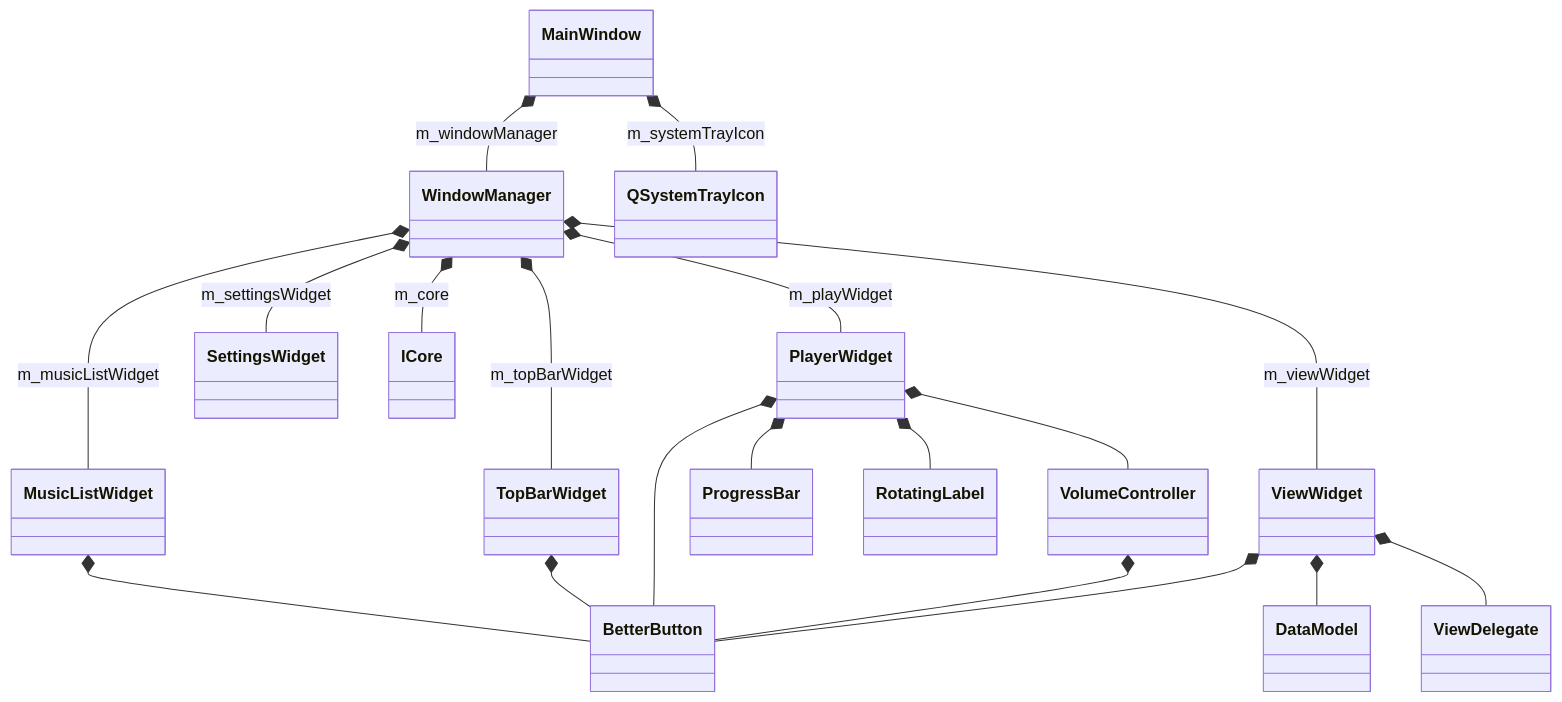
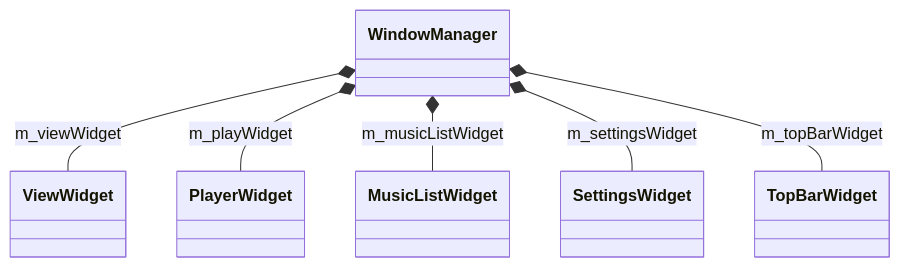
Before and after one commit to leejkee/TrayMusicPlayer: the first of 3 diagrams in docs/UML/index.md, drawn with Mermaid. The commit also changed other lines of this file and 8 other files, not shown here.

````diff
--- a/docs/UML/index.md
+++ b/docs/UML/index.md
@@ -4,48 +4,20 @@
 ```mermaid
 classDiagram
 
 %% UI 层（界面类）
-class MainWindow
 class WindowManager
-class QSystemTrayIcon
 class ViewWidget
 class PlayerWidget
 class MusicListWidget
 class SettingsWidget
 class TopBarWidget
 
 
-MainWindow *-- WindowManager : m_windowManager
-MainWindow *-- QSystemTrayIcon : m_systemTrayIcon
 
 WindowManager *-- ViewWidget : m_viewWidget
 WindowManager *-- PlayerWidget : m_playWidget
 WindowManager *-- MusicListWidget : m_musicListWidget
 WindowManager *-- SettingsWidget : m_settingsWidget
 WindowManager *-- TopBarWidget : m_topBarWidget
 
-%% Panel 组件
-class BetterButton
-class DataModel
-class ProgressBar
-class RotatingLabel
-class ViewDelegate
-class VolumeController
-
-MusicListWidget *-- BetterButton
-TopBarWidget *-- BetterButton
-PlayerWidget *-- BetterButton
-VolumeController *-- BetterButton
-ViewWidget *-- BetterButton
-
-ViewWidget *-- DataModel
-ViewWidget *-- ViewDelegate
-
-PlayerWidget *-- ProgressBar
-PlayerWidget *-- RotatingLabel
-PlayerWidget *-- VolumeController
-
-%% 表示 WindowManager 有一个 Core 指针成员
-WindowManager *-- ICore : m_core
-
 ```
````
